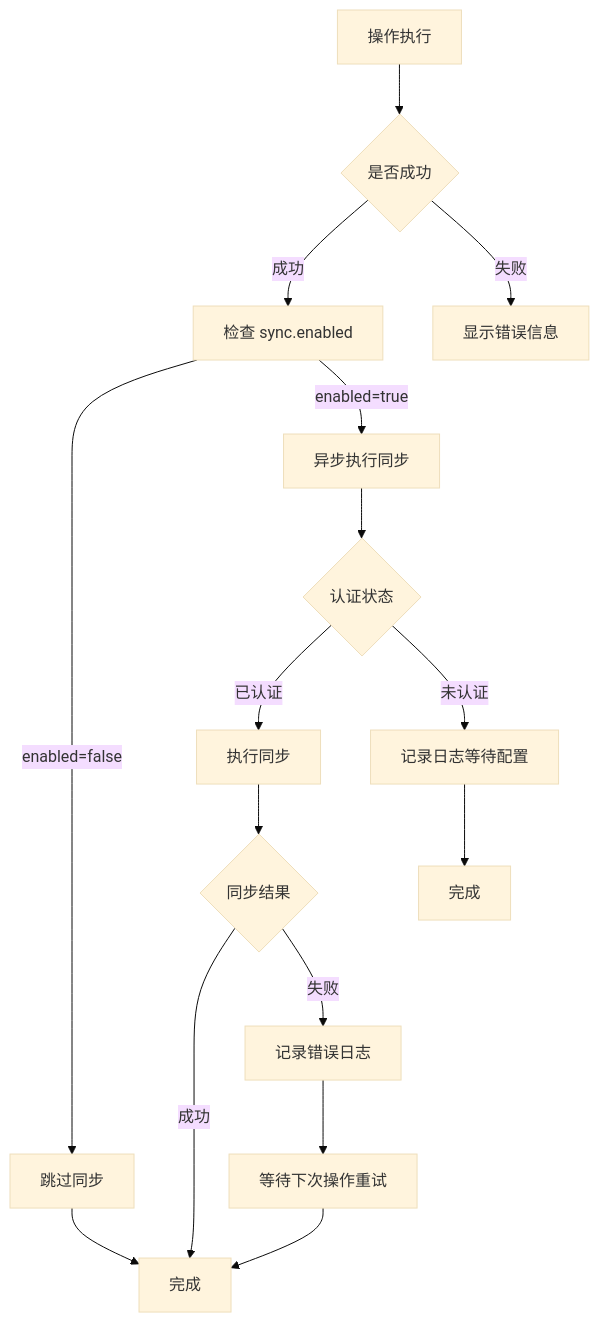
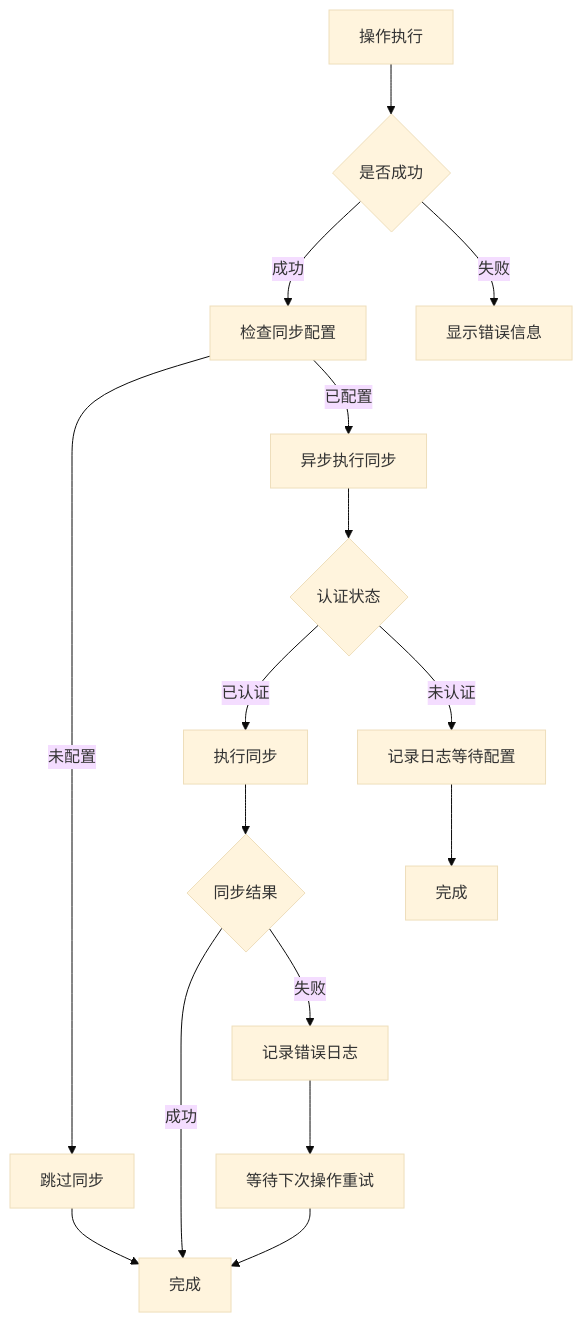
Before and after one commit to namehu/UniTab: diagram 11 of 12 in UniTab_流程链路图.md, drawn with Mermaid (base theme). The commit also changed other lines of this file and 4 other files, not shown here.

````diff
--- a/UniTab_流程链路图.md
+++ b/UniTab_流程链路图.md
@@ -387,22 +387,22 @@
 ```mermaid
 flowchart TD
     A[操作执行] --> B{是否成功}
-    B -->|成功| C[检查 sync.enabled]
+    B -->|成功| C[检查同步配置]
     B -->|失败| D[显示错误信息]
     
-    C -->|enabled=false| E[跳过同步]
-    C -->|enabled=true| F[异步执行同步]
+    C -->|未配置| E[跳过同步]
+    C -->|已配置| F[异步执行同步]
     
     F --> G{认证状态}
     G -->|已认证| H[执行同步]
     G -->|未认证| I[记录日志等待配置]
     
     H --> J{同步结果}
     J -->|成功| K[完成]
     J -->|失败| L[记录错误日志]
     
     L --> M[等待下次操作重试]
     I --> N[完成]
     E --> K
     M --> K
 ```
````
